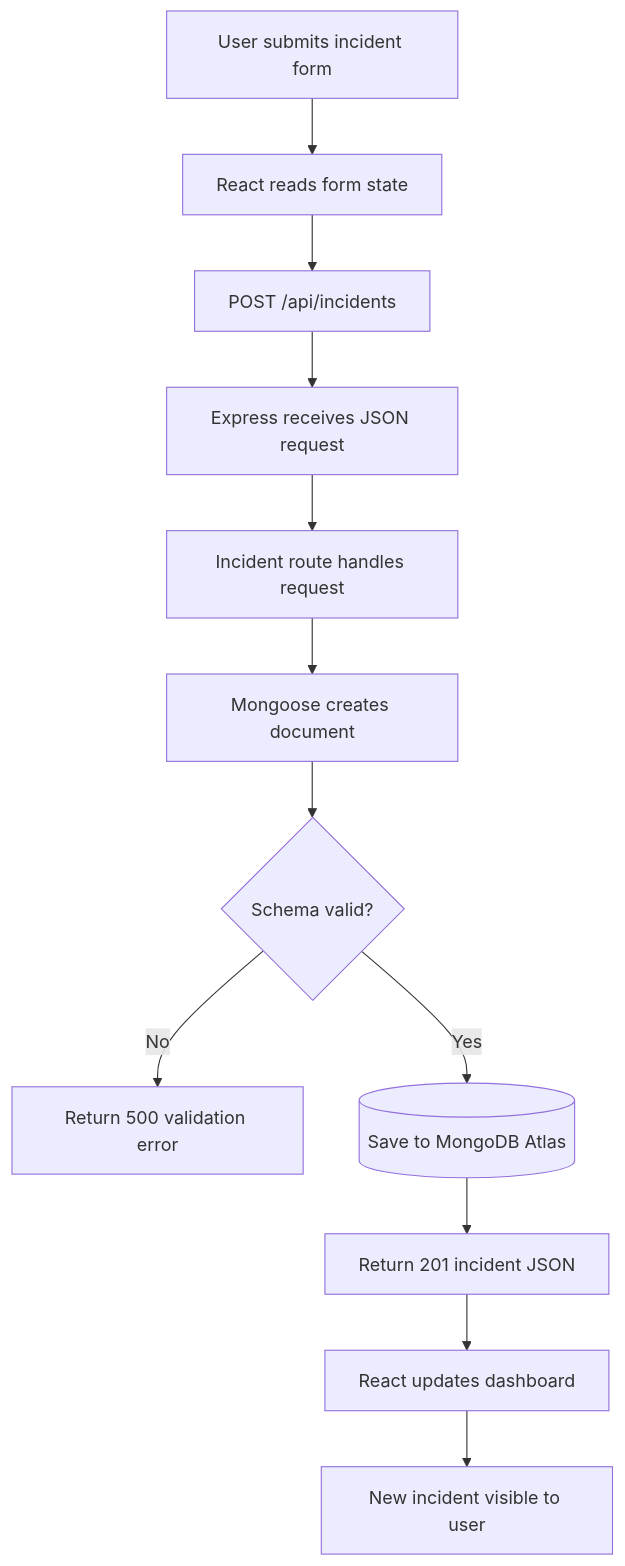
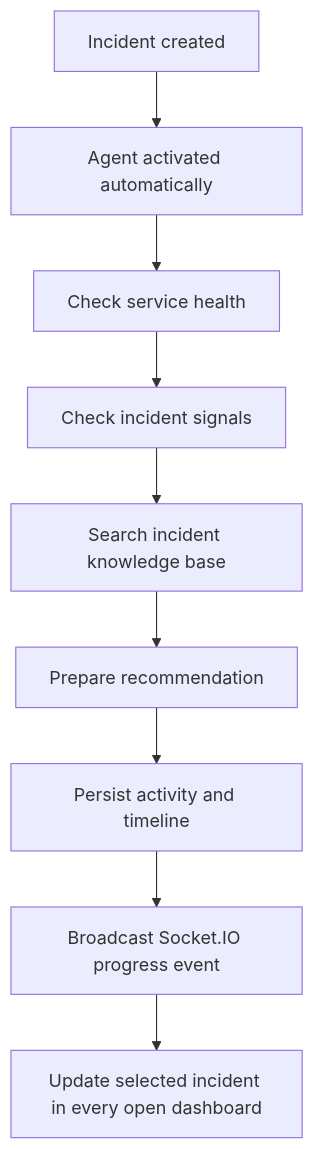
One commit to kuldeeppatil2911/cortexops changed the second of 4 diagrams in README.md. Above: the diagram before and after it, drawn with Mermaid. The commit also changed other lines of this file and 5 other files, not shown here.

Commit message:
Implement live incident agent workflow

````diff
--- a/README.md
+++ b/README.md
@@ -66,15 +61,12 @@
 ```mermaid
 flowchart TD
-    START[User submits incident form]
-    START --> STATE[React reads form state]
-    STATE --> REQUEST[POST /api/incidents]
-    REQUEST --> API[Express receives JSON request]
-    API --> ROUTE[Incident route handles request]
-    ROUTE --> MODEL[Mongoose creates document]
-    MODEL --> CHECK{Schema valid?}
-    CHECK -->|No| ERROR[Return 500 validation error]
-    CHECK -->|Yes| SAVE[(Save to MongoDB Atlas)]
-    SAVE --> RESPONSE[Return 201 incident JSON]
-    RESPONSE --> UPDATE[React updates dashboard]
-    UPDATE --> END[New incident visible to user]
+    DETECTED[Incident created]
+    DETECTED --> ACTIVATED[Agent activated automatically]
+    ACTIVATED --> HEALTH[Check service health]
+    HEALTH --> SIGNALS[Check incident signals]
+    SIGNALS --> KB[Search incident knowledge base]
+    KB --> RECOMMEND[Prepare recommendation]
+    RECOMMEND --> PERSIST[Persist activity and timeline]
+    PERSIST --> EVENT[Broadcast Socket.IO progress event]
+    EVENT --> UI[Update selected incident in every open dashboard]
 ```
````
